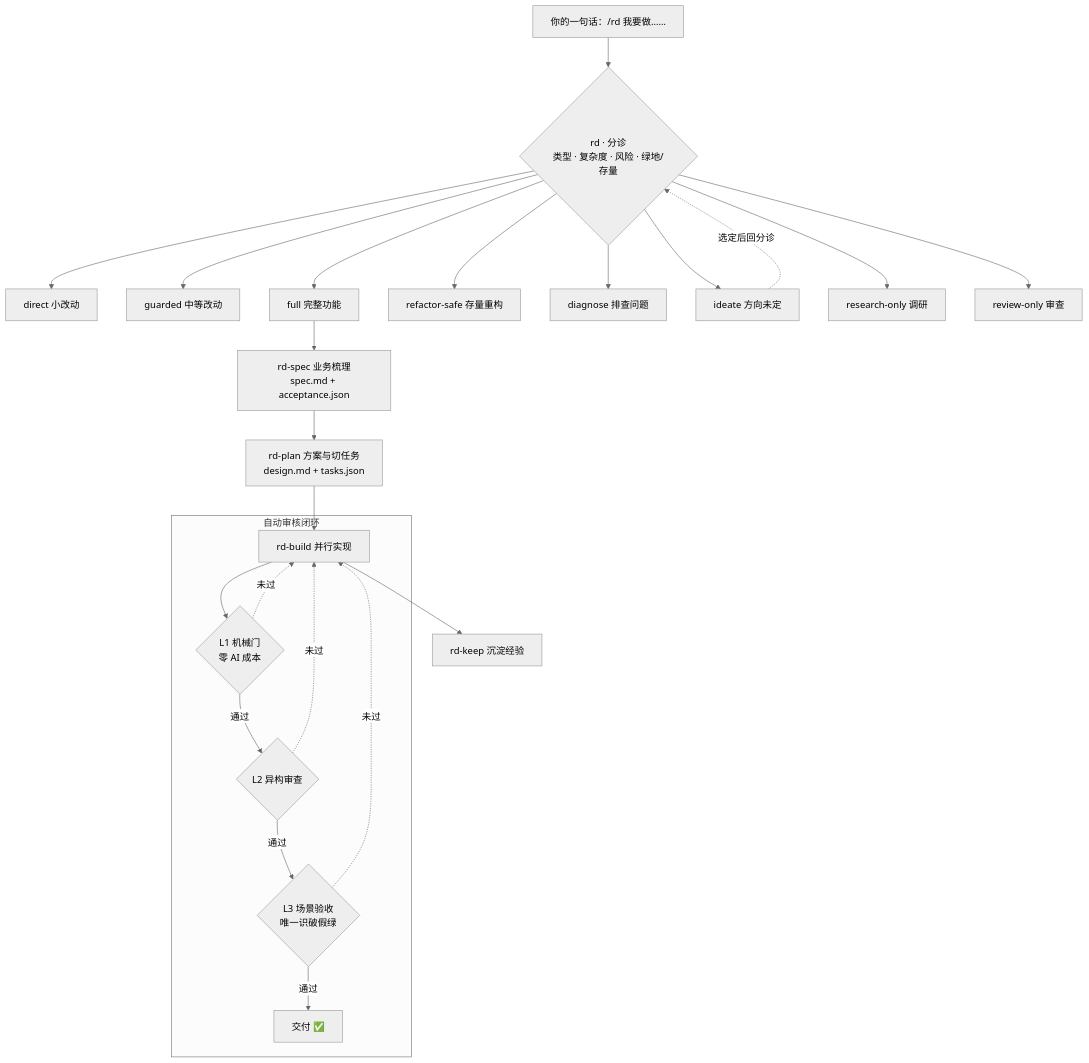
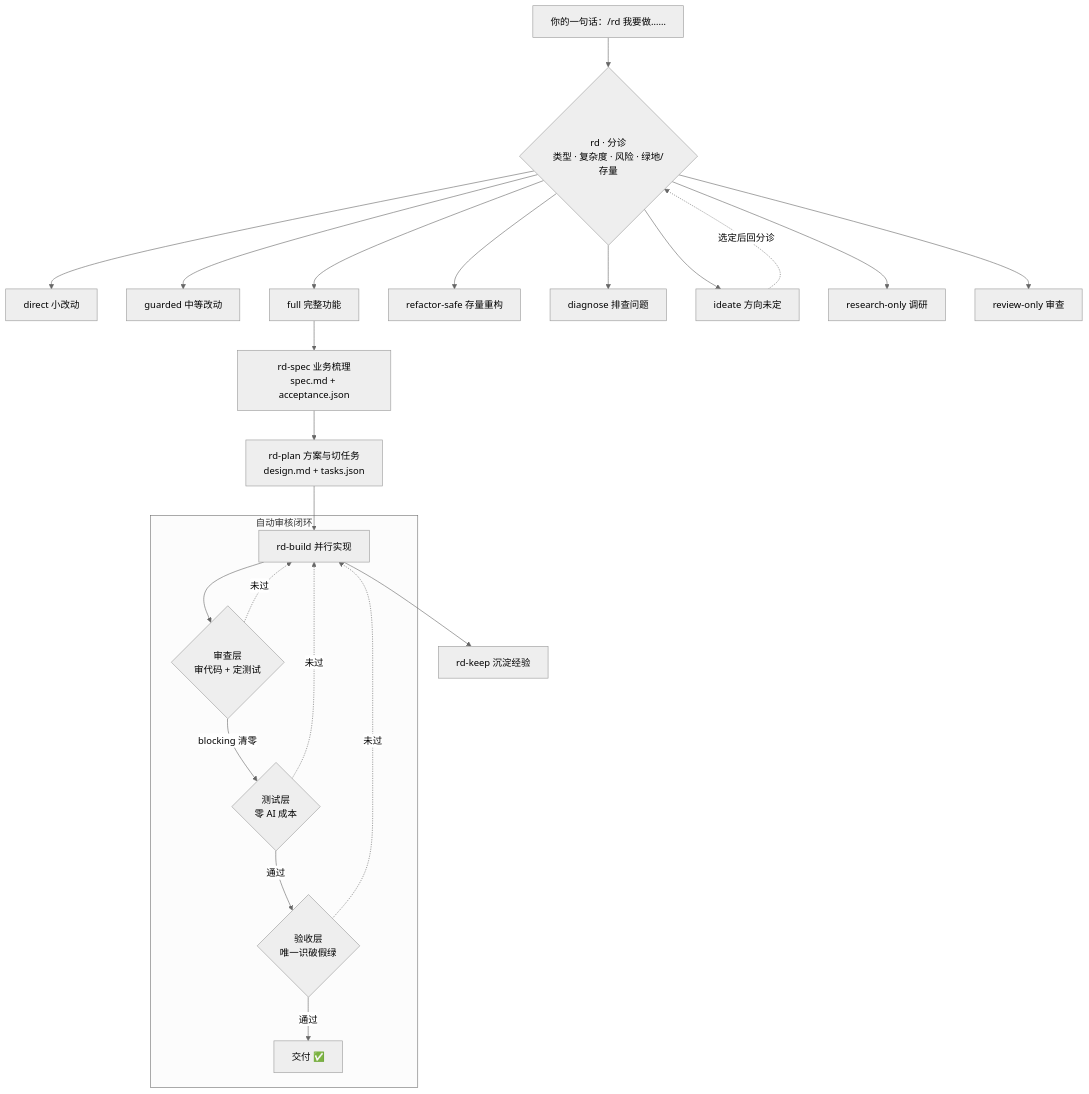
Before and after one commit to bluesxu/Agent-RD: the diagram in README.md, drawn with Mermaid (neutral theme). The commit also changed other lines of this file and 29 other files, not shown here.

First line of the commit message:
阶段1a：命名修订（L1/L2/L3 退役 → 审查层/测试层/验收层）

````diff
--- a/README.md
+++ b/README.md
@@ -216,29 +216,29 @@
 ```mermaid
 flowchart TB
     U["你的一句话：/rd 我要做……"] --> R{"rd · 分诊<br/>类型 · 复杂度 · 风险 · 绿地/存量"}
     R --> D["direct 小改动"]
     R --> G["guarded 中等改动"]
     R --> F["full 完整功能"]
     R --> RS["refactor-safe 存量重构"]
     R --> DG["diagnose 排查问题"]
     R --> ID["ideate 方向未定"]
     R --> RO["research-only 调研"]
     R --> RV["review-only 审查"]
 
     F --> SP["rd-spec 业务梳理<br/>spec.md + acceptance.json"]
     SP --> PL["rd-plan 方案与切任务<br/>design.md + tasks.json"]
     PL --> BU["rd-build 并行实现"]
 
     subgraph CL["自动审核闭环"]
-        BU --> L1{"L1 机械门<br/>零 AI 成本"}
-        L1 -->|通过| L2{"L2 异构审查"}
-        L2 -->|通过| L3{"L3 场景验收<br/>唯一识破假绿"}
-        L3 -->|通过| OK["交付 ✅"]
-        L1 -.未过.-> BU
-        L2 -.未过.-> BU
-        L3 -.未过.-> BU
+        BU --> REV{"审查层<br/>审代码 + 定测试"}
+        REV -->|blocking 清零| TST{"测试层<br/>零 AI 成本"}
+        TST -->|通过| ACC{"验收层<br/>唯一识破假绿"}
+        ACC -->|通过| OK["交付 ✅"]
+        REV -.未过.-> BU
+        TST -.未过.-> BU
+        ACC -.未过.-> BU
     end
 
     BU --> K["rd-keep 沉淀经验"]
     ID -.选定后回分诊.-> R
 ```
````
